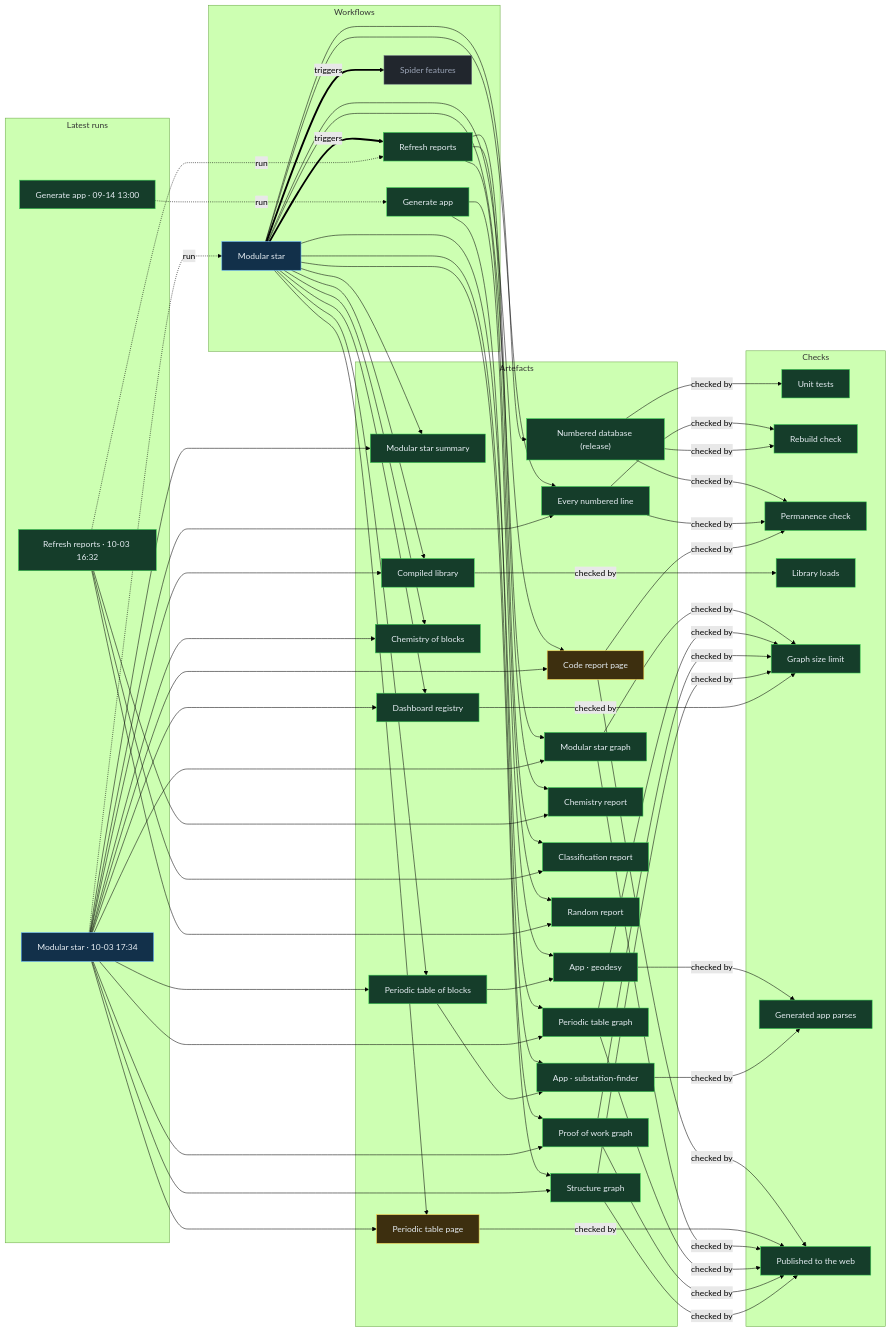
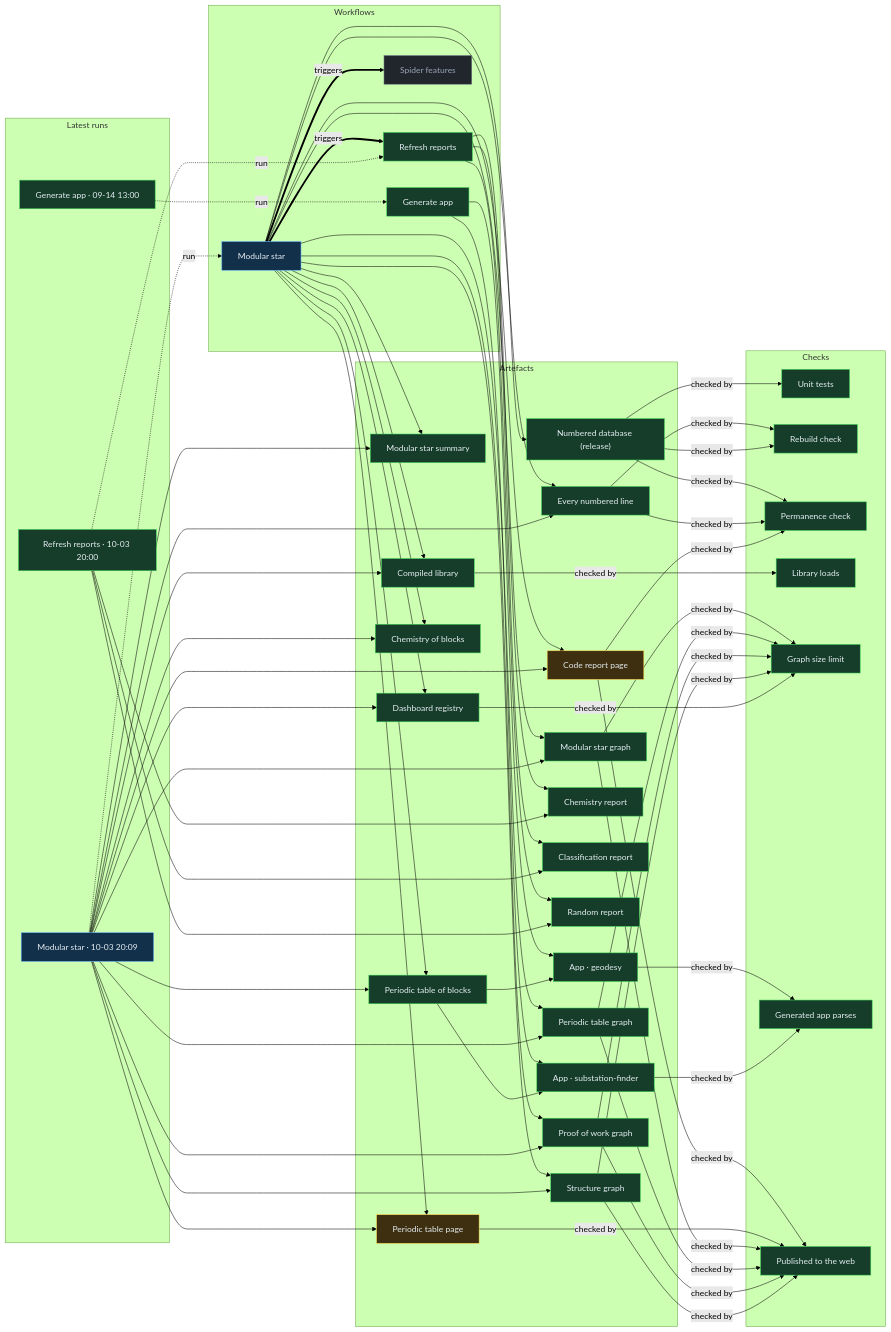
Before and after one commit to Ventusltd/stars: the diagram in proof/PROOF.md, drawn with Mermaid (forest theme). The commit also changed other lines of this file and 22 other files, not shown here.

Commit message:
Modular star 2026-10-03T20:13Z

```diff
--- a/proof/PROOF.md
+++ b/proof/PROOF.md
@@ -24,8 +24,8 @@
   n_wf_spider_features["Spider features"]:::off
   end
   subgraph g_runs["Latest runs"]
-  n_run_37141021359["Modular star · 10-03 17:34"]:::live
-  n_run_37137215727["Refresh reports · 10-03 16:32"]:::ok
+  n_run_37150554077["Modular star · 10-03 20:09"]:::live
+  n_run_37149969728["Refresh reports · 10-03 20:00"]:::ok
   n_run_34846587798["Generate app · 09-14 13:00"]:::ok
   end
   subgraph g_artefacts["Artefacts"]
@@ -59,39 +59,39 @@
   end
   n_wf_modular_star == triggers ==> n_wf_refresh
   n_wf_modular_star == triggers ==> n_wf_spider_features
-  n_run_37141021359 -. run .-> n_wf_modular_star
-  n_run_37137215727 -. run .-> n_wf_refresh
+  n_run_37150554077 -. run .-> n_wf_modular_star
+  n_run_37149969728 -. run .-> n_wf_refresh
   n_run_34846587798 -. run .-> n_wf_generate
   n_wf_modular_star --> n_art_summary
-  n_run_37141021359 --> n_art_summary
+  n_run_37150554077 --> n_art_summary
   n_wf_modular_star --> n_art_lines
-  n_run_37141021359 --> n_art_lines
+  n_run_37150554077 --> n_art_lines
   n_wf_modular_star --> n_art_code
-  n_run_37141021359 --> n_art_code
+  n_run_37150554077 --> n_art_code
   n_wf_modular_star --> n_art_modular_graph
-  n_run_37141021359 --> n_art_modular_graph
+  n_run_37150554077 --> n_art_modular_graph
   n_wf_modular_star --> n_art_blocks
-  n_run_37141021359 --> n_art_blocks
+  n_run_37150554077 --> n_art_blocks
   n_wf_modular_star --> n_art_table
-  n_run_37141021359 --> n_art_table
+  n_run_37150554077 --> n_art_table
   n_wf_modular_star --> n_art_blocks_graph
-  n_run_37141021359 --> n_art_blocks_graph
+  n_run_37150554077 --> n_art_blocks_graph
   n_wf_modular_star --> n_art_reactions
-  n_run_37141021359 --> n_art_reactions
+  n_run_37150554077 --> n_art_reactions
   n_wf_modular_star --> n_art_library
-  n_run_37141021359 --> n_art_library
+  n_run_37150554077 --> n_art_library
   n_wf_modular_star --> n_art_features
-  n_run_37141021359 --> n_art_features
+  n_run_37150554077 --> n_art_features
   n_wf_modular_star --> n_art_proof
-  n_run_37141021359 --> n_art_proof
+  n_run_37150554077 --> n_art_proof
   n_wf_modular_star --> n_art_structure
-  n_run_37141021359 --> n_art_structure
+  n_run_37150554077 --> n_art_structure
   n_wf_refresh --> n_art_chemistry
-  n_run_37137215727 --> n_art_chemistry
+  n_run_37149969728 --> n_art_chemistry
   n_wf_refresh --> n_art_vedic
-  n_run_37137215727 --> n_art_vedic
+  n_run_37149969728 --> n_art_vedic
   n_wf_refresh --> n_art_random
-  n_run_37137215727 --> n_art_random
+  n_run_37149969728 --> n_art_random
   n_wf_modular_star --> n_art_release
   n_wf_generate --> n_app_geodesy
   n_art_blocks --> n_app_geodesy
```
